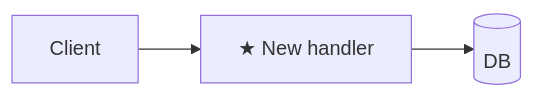
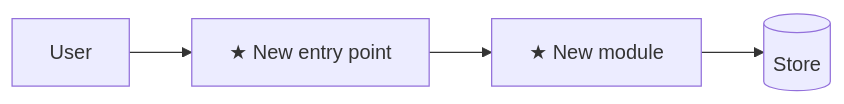
One commit to Maximumsoft-Co-LTD/claude-foundation changed the diagram in .workflow/_templates/plan.md. Above: the diagram before and after it, drawn with Mermaid. The commit also changed other lines of this file and 41 other files, not shown here.

````diff
--- a/.workflow/_templates/plan.md
+++ b/.workflow/_templates/plan.md
@@ -29,5 +37,6 @@
 ```mermaid
 flowchart LR
-  A[Client] --> B[★ New handler]
-  B --> C[(DB)]
+  U[User] --> A[★ New entry point]
+  A --> B[★ New module]
+  B --> C[(Store)]
 ```
````
